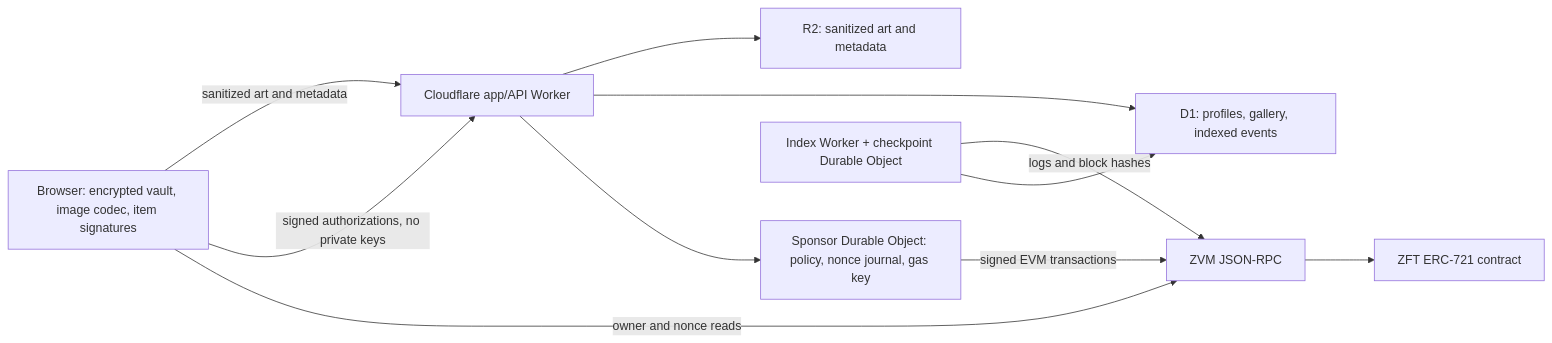
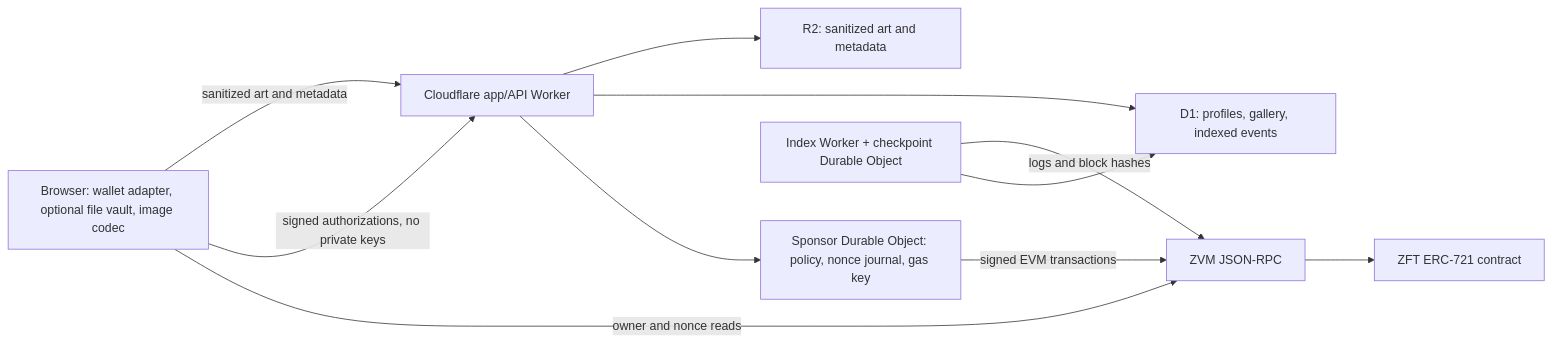
The diagram in docs/ARCHITECTURE.md (0x3639/zft), drawn with Mermaid before and after one commit. The commit also changed other lines of this file and 36 other files, not shown here.

Commit message:
feat: add wallet-first onboarding and optional file protection

````diff
--- a/docs/ARCHITECTURE.md
+++ b/docs/ARCHITECTURE.md
@@ -7,13 +7,13 @@
 ```mermaid
 flowchart LR
-  U[Browser: encrypted vault, image codec, item signatures] -->|sanitized art and metadata| A[Cloudflare app/API Worker]
+  U[Browser: wallet adapter, optional file vault, image codec] -->|sanitized art and metadata| A[Cloudflare app/API Worker]
   U -->|signed authorizations, no private keys| A
   U -->|owner and nonce reads| N[ZVM JSON-RPC]
   A --> R[R2: sanitized art and metadata]
   A --> D[D1: profiles, gallery, indexed events]
   A --> S[Sponsor Durable Object: policy, nonce journal, gas key]
   S -->|signed EVM transactions| N
   N --> C[ZFT ERC-721 contract]
   I[Index Worker + checkpoint Durable Object] -->|logs and block hashes| N
   I --> D
 ```
````
